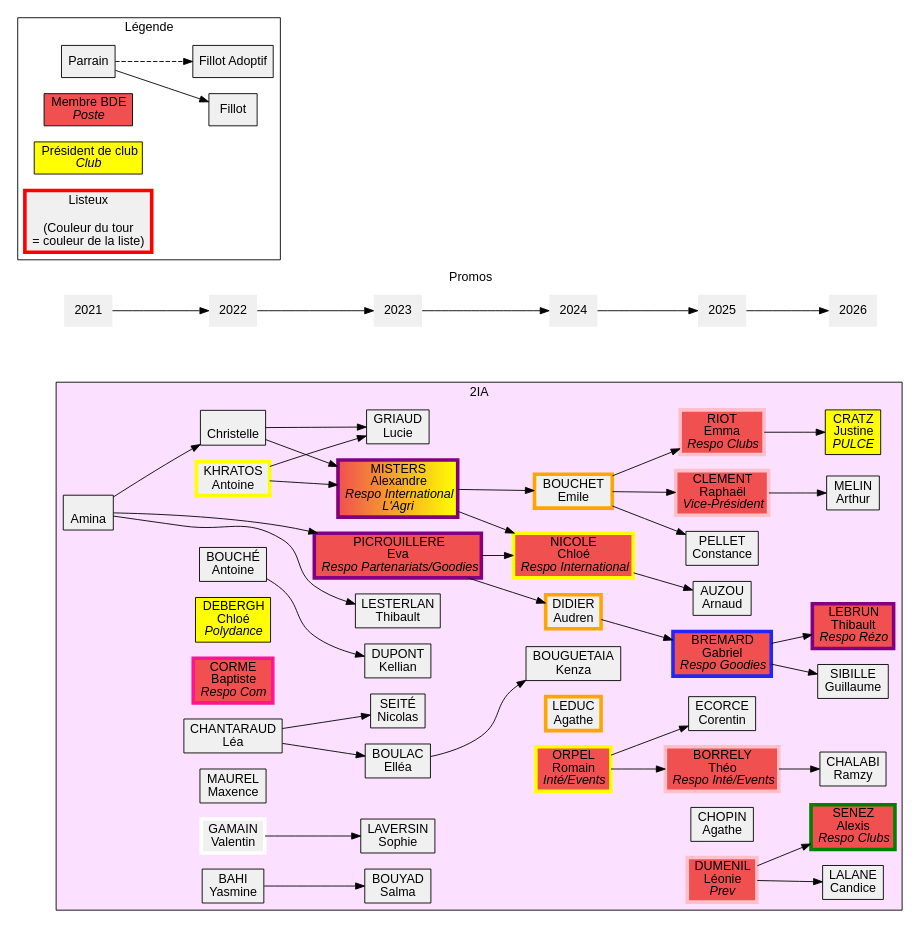
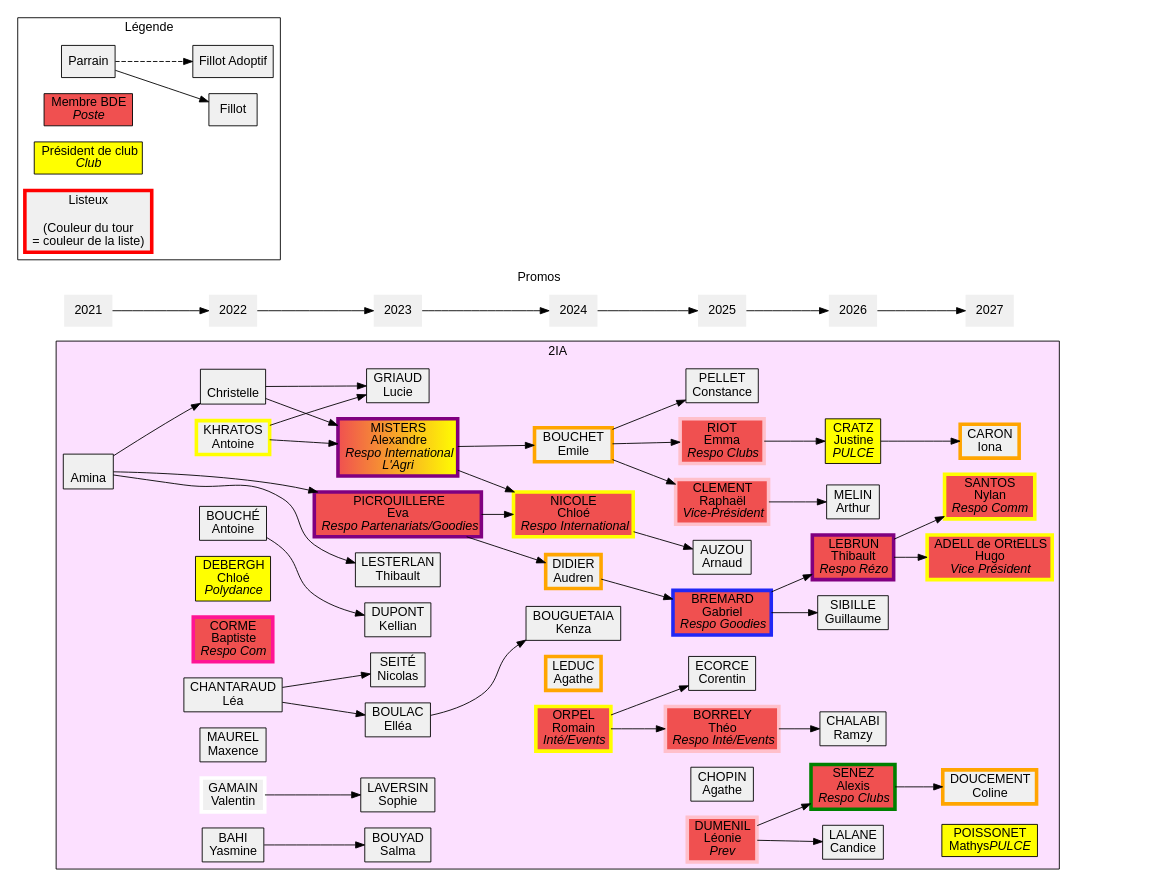
Before and after one commit to Scruchet/poly_gen: the diagram in 2ia.dot, drawn with Graphviz. The commit also changed 1 other file, not shown here.

```diff
--- a/2ia.dot
+++ b/2ia.dot
@@ -1,149 +1,165 @@
 digraph iia {
 	graph [
 		charset = "UTF-8";
 		style = filled;
 		fontname = "Arial";
 	];
 
 	node [
 		shape = box;
 		style = filled;
 		fillcolor = "#f0f0f0";
 		fontname = "Arial";
 	];
 
 	rankdir = LR;
 
 	subgraph cluster_promos {
 		label = "Promos";
 		penwidth = 0;
 		color = none;
 		node [shape = none];
 
-		"2021" -> "2022" -> "2023" -> "2024" -> "2025" -> "2026";
+		"2021" -> "2022" -> "2023" -> "2024" -> "2025" -> "2026" -> "2027";
 	}
     	subgraph cluster_legende {
 		label = "Légende";
 		fillcolor = none;
 
 		leg_parrain	[label = "Parrain"];
 		leg_fillot	[label = "Fillot"];
 		leg_fillotadop	[label = "Fillot Adoptif"];
 		leg_BDE		[label = <Membre BDE<BR/><I>Poste</I>> fillcolor="#f05050"];
 		leg_prez	[label = <Président de club<BR/><I>Club</I>> fillcolor="yellow"];
 		leg_listeux	[label = "Listeux\n\n(Couleur du tour\n = couleur de la liste)" penwidth=4 color="red"];
 
 		leg_parrain -> leg_fillot;
 		leg_parrain -> leg_fillotadop [style = "dashed"];
 	}
 	
 	subgraph cluster_2IA {
 		label = "2IA";
 		fillcolor = "#FCE0FF";
 
 		{ rank="same";
 			amina		[label = "\nAmina"];
 		}
 
 		{ rank="same";
 			antoinebouch	[label = "BOUCHÉ\nAntoine"];
 			antoinekhra	[label = "KHRATOS\nAntoine" penwidth=4 color="yellow"];
 			chloedeb	[label = <DEBERGH<BR/>Chloé<BR/><I>Polydance</I>> fillcolor="yellow"];
 			christelle	[label = "\nChristelle"];
 			joker		[label = <CORME<BR/>Baptiste<BR/><I>Respo Com</I>> fillcolor="#f05050" penwidth=4 color="deeppink"];
 			leachantar	[label = "CHANTARAUD\nLéa"];
 			maxencemor	[label = "MAUREL\nMaxence"];
 			valentingam	[label = "GAMAIN\nValentin" penwidth=4 color="white"];
 			yasminebahi	[label = "BAHI\nYasmine"];
 		}
 		amina -> christelle;
 
 
 		{ rank="same";
 			evapicrou	[label = <PICROUILLERE<BR/>Eva<BR/><I>Respo Partenariats/Goodies</I>> fillcolor="#f05050" penwidth=4 color="purple"];
 			
 			
 			kelliandup	[label = "DUPONT\nKellian"];
 			luciegria	[label = "GRIAUD\nLucie"];
 			nicolatseite	[label = "SEITÉ\nNicolas"];
 			elboulac	[label = "BOULAC\nElléa"];
 			salmabouyad	[label = "BOUYAD\nSalma"];
 			smitty		[label = <MISTERS<BR/>Alexandre<BR/><I>Respo International<BR/>L'Agri</I>> fillcolor="#f05050:yellow" penwidth=4 color="purple"];
 			sophielaver	[label = "LAVERSIN\nSophie"];
 			thibaultleste	[label = "LESTERLAN\nThibault"];
 
 			//portalSE	[label = " \nSE\n " shape="ellipse" penwidth=6 color="orange" fillcolor="#FFE0E0"];
 		}
 		amina -> evapicrou;
 		amina -> thibaultleste;
 		antoinebouch -> kelliandup;
 		antoinekhra -> luciegria;
 		antoinekhra -> smitty;
 		christelle -> luciegria;
 		christelle -> smitty;
 		leachantar -> nicolatseite;
 		leachantar -> elboulac;
 		valentingam -> sophielaver;
 		yasminebahi -> salmabouyad;
 
 		{ rank="same";
 			chloenico	[label = <NICOLE<BR/>Chloé<BR/><I>Respo International</I>> fillcolor="#f05050" penwidth=4 color="yellow"];
 			didieraud	[label = "DIDIER\nAudren" penwidth=4 color="orange"];
 			emilebct	[label = "BOUCHET \nEmile" penwidth=4 color="orange"];
 			agatleduc	[label = "LEDUC\nAgathe" penwidth=4 color="orange"];
 			romainorp	[label = <ORPEL<BR/>Romain<BR/><I>Inté/Events</I>> fillcolor="#f05050" penwidth=4 color="yellow"];
 			kbouguetaia [label="BOUGUETAIA\nKenza"];
 
 		}
 		elboulac -> kbouguetaia;
 		evapicrou -> chloenico;
 		evapicrou -> didieraud;
 		smitty -> chloenico;
 		smitty -> emilebct;
 		
 		{ rank="same";
 			arnaudauz  [label = "AUZOU\nArnaud"];
 			constancep [label = "PELLET\nConstance"];
 			agathechop [label = "CHOPIN\nAgathe"];
 			raphaelcle [label = <CLEMENT<BR/>Raphaël<BR/><I>Vice-Président</I>> fillcolor="#f05050" penwidth=4 color="pink"];
 			emmariot   [label = <RIOT<BR/>Emma<BR/><I>Respo Clubs</I>> fillcolor="#f05050" penwidth=4 color="pink"];
 			ldumenil   [label = <DUMENIL<BR/>Léonie<BR/><I>Prev</I>> fillcolor="#f05050" penwidth=4 color="pink"];
 			corentinec [label = "ECORCE\nCorentin"];
 			theoborel  [label = <BORRELY<BR/>Théo<BR/><I>Respo Inté/Events</I>> fillcolor="#f05050" penwidth=4 color="pink"]; 
 			gabrielbr  [label = <BREMARD<BR/>Gabriel<BR/><I>Respo Goodies</I>> fillcolor="#f05050" penwidth=4 color="#2128f5"];
 		}
 		romainorp -> corentinec;
 		romainorp -> theoborel;
 		emilebct -> constancep;
 		emilebct -> raphaelcle;
 		emilebct -> emmariot;
 		chloenico->arnaudauz;
 		didieraud -> gabrielbr;
 
 
 		{ rank="same";
 			amelin 		[label = "MELIN\nArthur"];
 			rchalabi    [label = "CHALABI\nRamzy"];
 			asenez 		[label = <SENEZ<BR/>Alexis<BR/><I>Respo Clubs</I>> fillcolor="#f05050" penwidth=4 color="green"];
 			tlebrun 	[label = <LEBRUN<BR/>Thibault<BR/><I>Respo Rézo</I>> fillcolor="#f05050" penwidth=4 color="purple"];
 			jcratz		[label =<CRATZ<BR/>Justine<BR/><I>PULCE</I>> fillcolor="yellow"];
 			clalance	[label = "LALANE\nCandice"];
 			gsibille 	[label = "SIBILLE\nGuillaume"];
 
 		}
 			theoborel ->rchalabi
 			raphaelcle->amelin;
 			ldumenil->asenez;
 			ldumenil->clalance;
 			gabrielbr->tlebrun;
 			gabrielbr->gsibille;
 			emmariot->jcratz;
 		
 		//portalSE -> romainorp [style=dashed penwidth=2 color="#f05050"];
+
+		{ rank="same";
+			mpoissonet 		[label = <POISSONET<BR/>Mathys<I>PULCE</I>> fillcolor="yellow"];
+			hadell 	   		[label = <ADELL de ORtELLS<BR/>Hugo<BR/><I>Vice Président</I>> fillcolor="#f05050" penwidth=4 color="yellow"];
+			icaron 			[label = <CARON<BR/>Iona<BR/>>  penwidth=4 color="orange"];
+			cdoucement 		[label = <DOUCEMENT<BR/>Coline<BR/>> penwidth=4 color="orange"];
+			nsantos			[label =<SANTOS<BR/>Nylan<BR/><I>Respo Comm</I>> fillcolor="#f05050" penwidth=4 color="yellow"];
+		}
+		//Mathys -> mpoissonet;
+		// Mathys -> mpoissonet [style=dashed];
+		tlebrun -> hadell;
+		//hugo -> hadell [style=dashed];
+		jcratz -> icaron;
+		asenez -> cdoucement;
+		tlebrun -> nsantos;
+		
 	}
 
 	endnode [style=invis];
 
-	romainorp -> endnode [style=invis];
-	"2024" -> endnode [style=invis];
+	hadell -> endnode [style=invis];
+	"2027" -> endnode [style=invis];
 }
```
